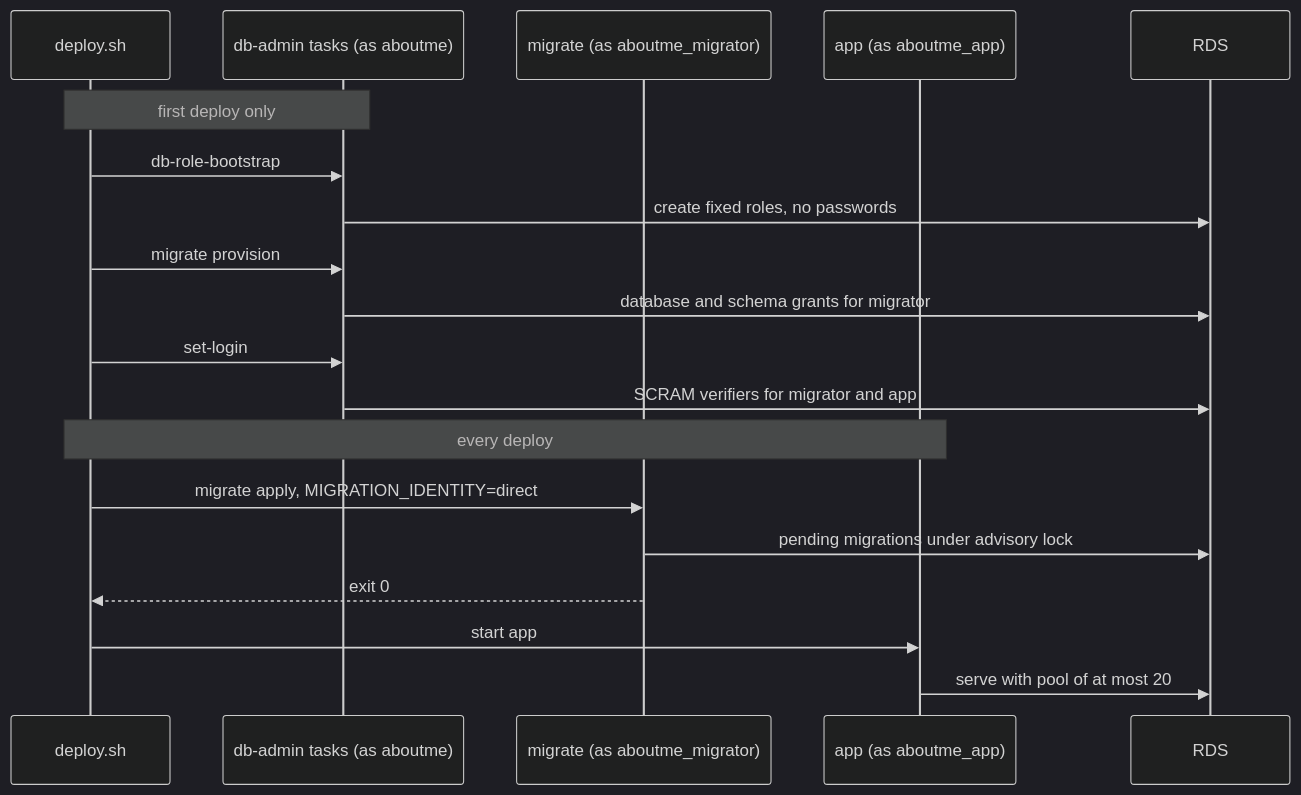
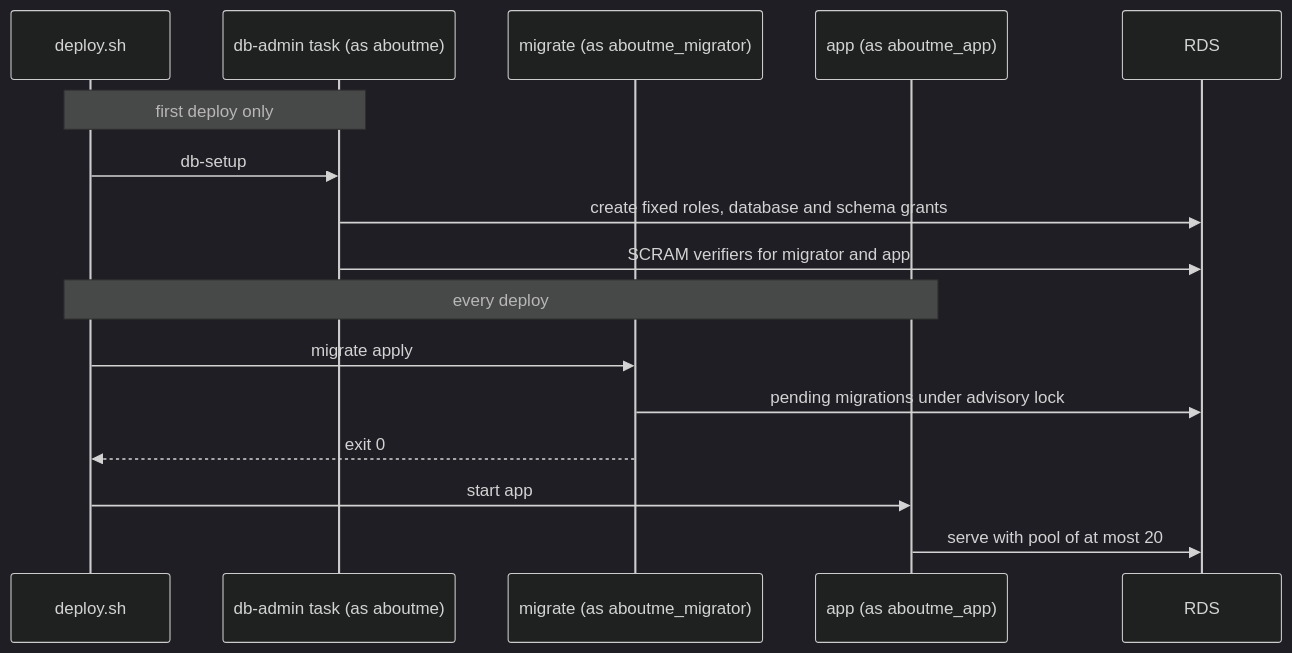
One commit to dannyota/aboutme changed the second of 2 diagrams in docs/design/single-host-production.md. Above: the diagram before and after it, drawn with Mermaid (dark theme). The commit also changed other lines of this file and 13 other files, not shown here.

First line of the commit message:
docs: describe the single baseline migration and db-setup command

````diff
--- a/docs/design/single-host-production.md
+++ b/docs/design/single-host-production.md
@@ -134,21 +134,18 @@
 ```mermaid
 sequenceDiagram
   participant D as deploy.sh
-  participant A as db-admin tasks (as aboutme)
+  participant A as db-admin task (as aboutme)
   participant M as migrate (as aboutme_migrator)
   participant S as app (as aboutme_app)
   participant P as RDS
   Note over D,A: first deploy only
-  D->>A: db-role-bootstrap
-  A->>P: create fixed roles, no passwords
-  D->>A: migrate provision
-  A->>P: database and schema grants for migrator
-  D->>A: set-login
+  D->>A: db-setup
+  A->>P: create fixed roles, database and schema grants
   A->>P: SCRAM verifiers for migrator and app
   Note over D,S: every deploy
-  D->>M: migrate apply, MIGRATION_IDENTITY=direct
+  D->>M: migrate apply
   M->>P: pending migrations under advisory lock
   M-->>D: exit 0
   D->>S: start app
   S->>P: serve with pool of at most 20
 ```
````
